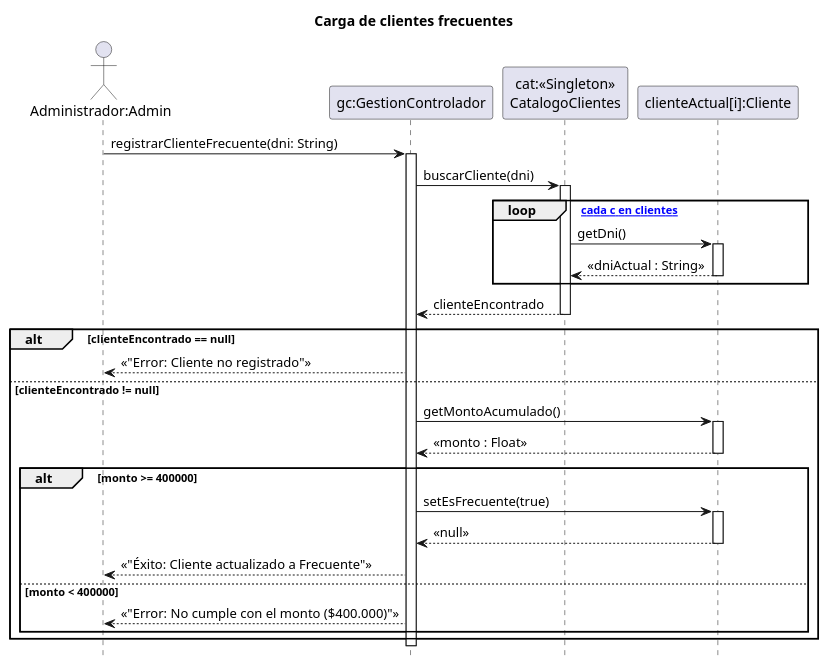
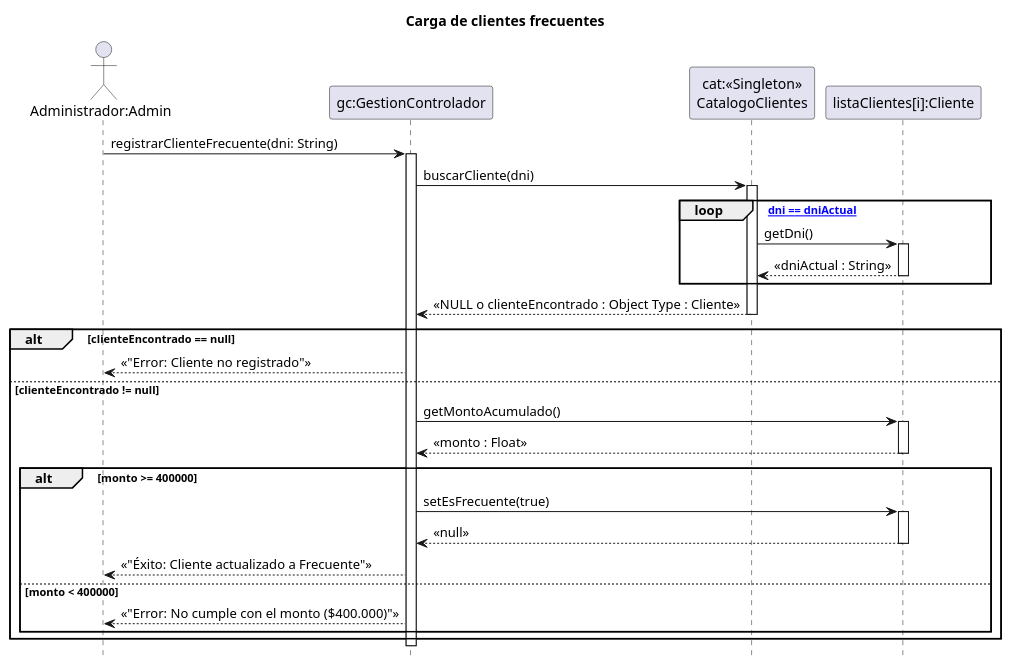
The diagram in 08 - Diagramas de Secuencia de Diseño/CargaClientesFrecuentes/CargaClientesFrecuentes.puml (zEzequR/PF-I), drawn with PlantUML before and after one commit. The commit also changed 15 other files, not shown here.

```diff
--- a/08 - Diagramas de Secuencia de Diseño/CargaClientesFrecuentes/CargaClientesFrecuentes.puml
+++ b/08 - Diagramas de Secuencia de Diseño/CargaClientesFrecuentes/CargaClientesFrecuentes.puml
@@ -1,53 +1,53 @@
 @startuml
 title Carga de clientes frecuentes
 
 hide footbox
 
 actor "Administrador:Admin" as admin
 participant "gc:GestionControlador" as ctrl
 participant "cat:<<Singleton>>\nCatalogoClientes" as cat
-participant "clienteActual[i]:Cliente" as item
+participant "listaClientes[i]:Cliente" as item
 
 admin -> ctrl : registrarClienteFrecuente(dni: String)
 activate ctrl
 
 ctrl -> cat : buscarCliente(dni)
 activate cat
 
-loop [para cada c en clientes]
+loop [hasta dni == dniActual]
     cat -> item : getDni()
     activate item
     item --> cat : << dniActual : String >>
     deactivate item
 end
 
-cat --> ctrl : clienteEncontrado
+cat --> ctrl : << NULL o clienteEncontrado : Object Type : Cliente >>
 deactivate cat
 
 alt clienteEncontrado == null
     
     ctrl --> admin : << "Error: Cliente no registrado" >>
 
 else clienteEncontrado != null
 
     ctrl -> item : getMontoAcumulado()
     activate item
     item --> ctrl : << monto : Float >>
     deactivate item
     
     alt monto >= 400000
         ctrl -> item : setEsFrecuente(true)
         activate item
         item --> ctrl : << null >> 
         deactivate item
         
         ctrl --> admin : << "Éxito: Cliente actualizado a Frecuente" >>
         
     else monto < 400000
         ctrl --> admin : << "Error: No cumple con el monto ($400.000)" >>
     end
 
 end
 
 deactivate ctrl
 @enduml
```
